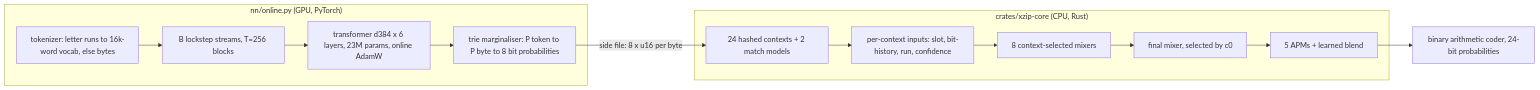
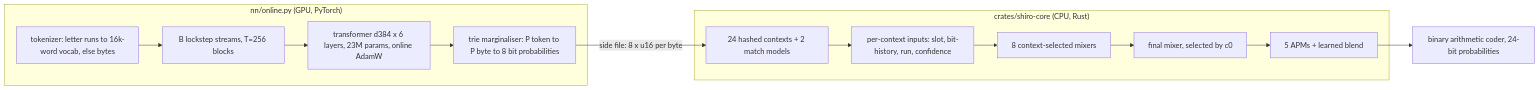
The diagram in RESEARCH.md (JMJAJ/shiro), drawn with Mermaid before and after one commit. The commit also changed other lines of this file and 28 other files, not shown here.

Commit message:
Rename project xzip -> shiro (crates, binary, SHIRO_* env vars, docs, site)

````diff
--- a/RESEARCH.md
+++ b/RESEARCH.md
@@ -35,14 +35,14 @@
 ```mermaid
 flowchart LR
   subgraph NN["nn/online.py (GPU, PyTorch)"]
     T[tokenizer: letter runs to 16k-word vocab, else bytes] --> S[B lockstep streams, T=256 blocks]
     S --> M[transformer d384 x 6 layers, 23M params, online AdamW]
     M --> G[trie marginaliser: P token to P byte to 8 bit probabilities]
   end
   G -- "side file: 8 x u16 per byte" --> X
-  subgraph CM["crates/xzip-core (CPU, Rust)"]
+  subgraph CM["crates/shiro-core (CPU, Rust)"]
     X[24 hashed contexts + 2 match models] --> I[per-context inputs: slot, bit-history, run, confidence]
     I --> MX[8 context-selected mixers] --> F2[final mixer, selected by c0] --> A[5 APMs + learned blend]
   end
   A --> AC[binary arithmetic coder, 24-bit probabilities]
 ```
````
